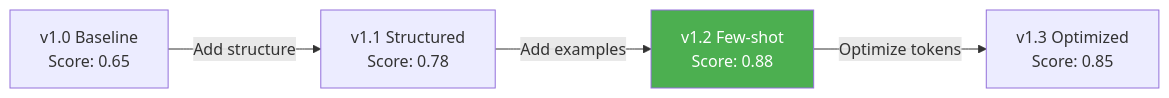
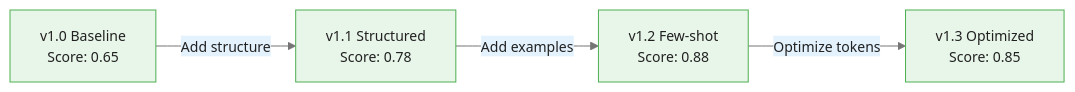
One commit to m-deane/course-creator changed the fourth of 5 diagrams in courses/dataiku-genai/modules/module_01_prompts/guides/03_testing_iteration_slides.md. Above: the diagram before and after it, drawn with Mermaid. The commit also changed other lines of this file and 54 other files, not shown here.

````diff
--- a/courses/dataiku-genai/modules/module_01_prompts/guides/03_testing_iteration_slides.md
+++ b/courses/dataiku-genai/modules/module_01_prompts/guides/03_testing_iteration_slides.md
@@ -342,8 +345,7 @@
 ```mermaid
+%%{init: {"theme": "base", "themeVariables": {"primaryColor": "#e8f5e9", "primaryBorderColor": "#4caf50", "primaryTextColor": "#212121", "secondaryColor": "#e3f2fd", "tertiaryColor": "#fff8e1", "lineColor": "#757575", "fontFamily": "Inter, sans-serif", "fontSize": "14px"}}}%%
 flowchart LR
     V1[v1.0 Baseline<br/>Score: 0.65] -->|Add structure| V2[v1.1 Structured<br/>Score: 0.78]
     V2 -->|Add examples| V3[v1.2 Few-shot<br/>Score: 0.88]
     V3 -->|Optimize tokens| V4[v1.3 Optimized<br/>Score: 0.85]
-
-    style V3 fill:#4CAF50,color:#fff
 ```
````
